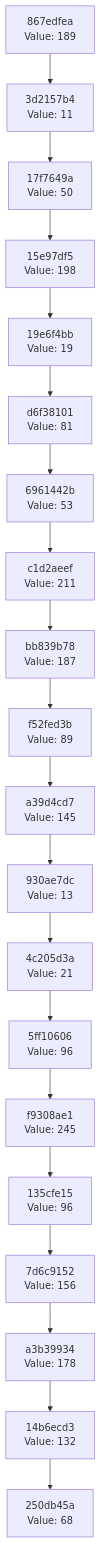
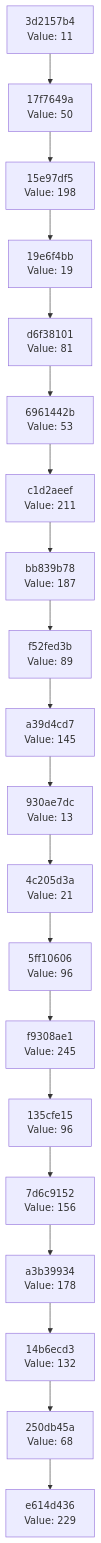
The diagram in docs/CHAIN_VISUALIZATION.md (Abhisheksinha1506/hash-chain-evolver), drawn with Mermaid before and after one commit. The commit also changed 2 other files, not shown here.

Commit message:
Evolution step: hash 0xE5 → action executed

````diff
--- a/docs/CHAIN_VISUALIZATION.md
+++ b/docs/CHAIN_VISUALIZATION.md
@@ -3,42 +3,42 @@
 ```mermaid
 graph TD
-    C0["250db45a<br/>Value: 68"]
-    C1["14b6ecd3<br/>Value: 132"]
+    C0["e614d436<br/>Value: 229"]
+    C1["250db45a<br/>Value: 68"]
     C1 --> C0
-    C2["a3b39934<br/>Value: 178"]
+    C2["14b6ecd3<br/>Value: 132"]
     C2 --> C1
-    C3["7d6c9152<br/>Value: 156"]
+    C3["a3b39934<br/>Value: 178"]
     C3 --> C2
-    C4["135cfe15<br/>Value: 96"]
+    C4["7d6c9152<br/>Value: 156"]
     C4 --> C3
-    C5["f9308ae1<br/>Value: 245"]
+    C5["135cfe15<br/>Value: 96"]
     C5 --> C4
-    C6["5ff10606<br/>Value: 96"]
+    C6["f9308ae1<br/>Value: 245"]
     C6 --> C5
-    C7["4c205d3a<br/>Value: 21"]
+    C7["5ff10606<br/>Value: 96"]
     C7 --> C6
-    C8["930ae7dc<br/>Value: 13"]
+    C8["4c205d3a<br/>Value: 21"]
     C8 --> C7
-    C9["a39d4cd7<br/>Value: 145"]
+    C9["930ae7dc<br/>Value: 13"]
     C9 --> C8
-    C10["f52fed3b<br/>Value: 89"]
+    C10["a39d4cd7<br/>Value: 145"]
     C10 --> C9
-    C11["bb839b78<br/>Value: 187"]
+    C11["f52fed3b<br/>Value: 89"]
     C11 --> C10
-    C12["c1d2aeef<br/>Value: 211"]
+    C12["bb839b78<br/>Value: 187"]
     C12 --> C11
-    C13["6961442b<br/>Value: 53"]
+    C13["c1d2aeef<br/>Value: 211"]
     C13 --> C12
-    C14["d6f38101<br/>Value: 81"]
+    C14["6961442b<br/>Value: 53"]
     C14 --> C13
-    C15["19e6f4bb<br/>Value: 19"]
+    C15["d6f38101<br/>Value: 81"]
     C15 --> C14
-    C16["15e97df5<br/>Value: 198"]
+    C16["19e6f4bb<br/>Value: 19"]
     C16 --> C15
-    C17["17f7649a<br/>Value: 50"]
+    C17["15e97df5<br/>Value: 198"]
     C17 --> C16
-    C18["3d2157b4<br/>Value: 11"]
+    C18["17f7649a<br/>Value: 50"]
     C18 --> C17
-    C19["867edfea<br/>Value: 189"]
+    C19["3d2157b4<br/>Value: 11"]
     C19 --> C18
 ```
````
